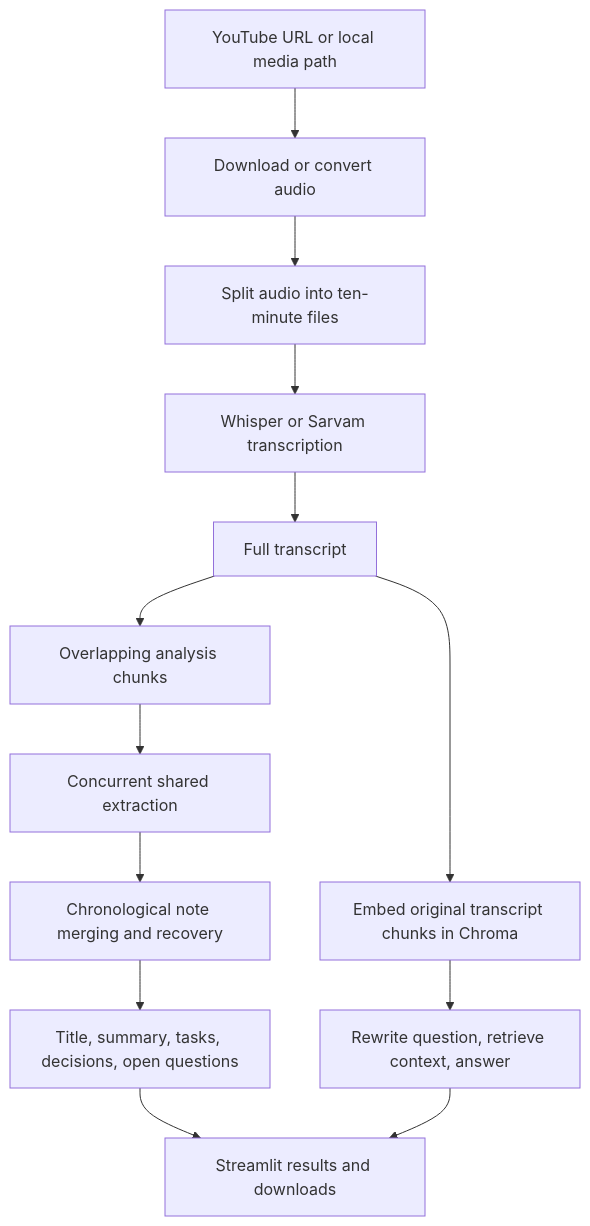
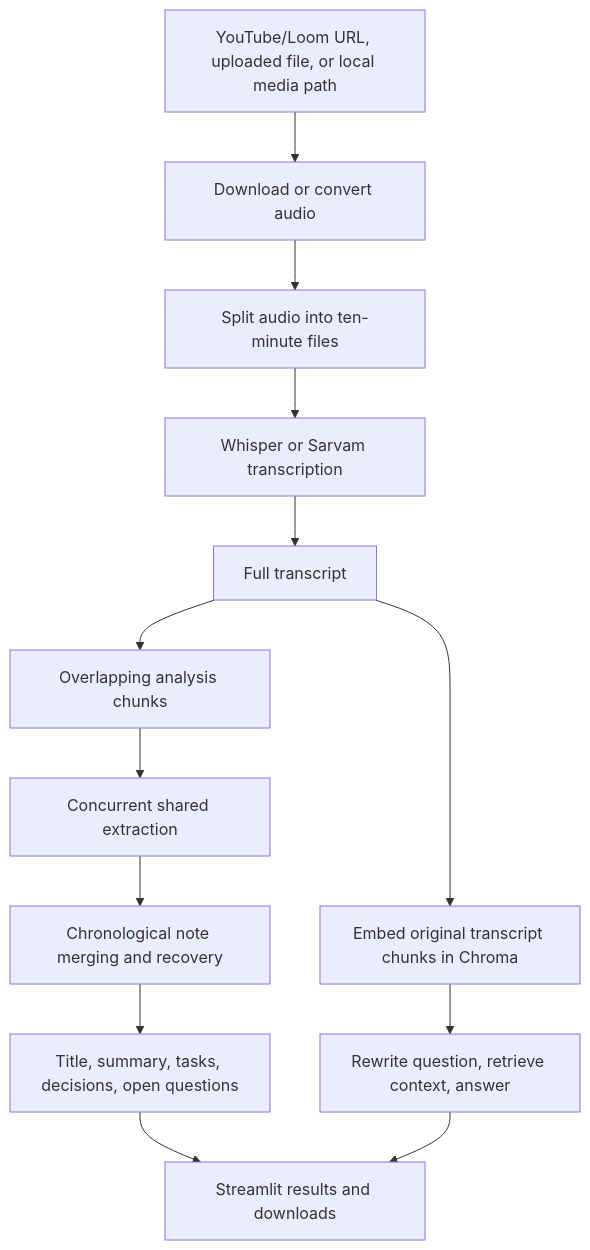
One commit to HelloShiwansh/AI-Meeting-Intelligence-Assistant changed the diagram in docs/technical-documentation.md. Above: the diagram before and after it, drawn with Mermaid. The commit also changed other lines of this file and 7 other files, not shown here.

````diff
--- a/docs/technical-documentation.md
+++ b/docs/technical-documentation.md
@@ -32,15 +32,15 @@
 ```mermaid
 flowchart TD
-    A[YouTube URL or local media path] --> B[Download or convert audio]
+    A[YouTube/Loom URL, uploaded file, or local media path] --> B[Download or convert audio]
     B --> C[Split audio into ten-minute files]
     C --> D[Whisper or Sarvam transcription]
     D --> E[Full transcript]
     E --> F[Overlapping analysis chunks]
     F --> G[Concurrent shared extraction]
     G --> H[Chronological note merging and recovery]
     H --> I[Title, summary, tasks, decisions, open questions]
     E --> J[Embed original transcript chunks in Chroma]
     J --> K[Rewrite question, retrieve context, answer]
     I --> L[Streamlit results and downloads]
     K --> L
 ```
````
